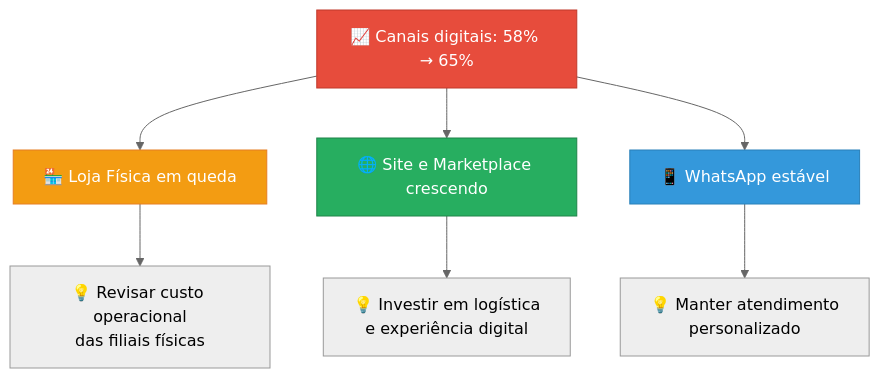
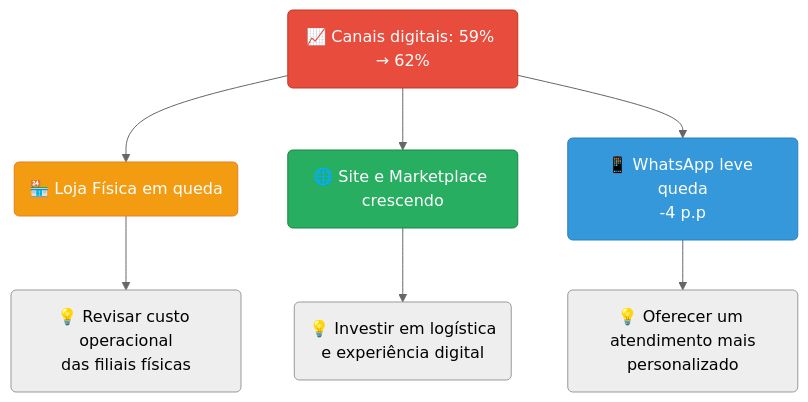
Before and after one commit to Igor-Scalzer010/Sales-Analytics: the seventh of 12 diagrams in docs/analises.md, drawn with Mermaid (neutral theme). The commit also changed other lines of this file, not shown here.

````diff
--- a/docs/analises.md
+++ b/docs/analises.md
@@ -250,17 +189,17 @@
 ```mermaid
 flowchart TD
-    TENDENCIA["📈 Canais digitais: 58% → 65%"]
+    TENDENCIA("📈 Canais digitais: 59% → 62%")
 
-    TENDENCIA --> A["🏪 Loja Física em queda"]
-    TENDENCIA --> B["🌐 Site e Marketplace crescendo"]
-    TENDENCIA --> C["📱 WhatsApp estável"]
+    TENDENCIA --> A("🏪 Loja Física em queda")
+    TENDENCIA --> B("🌐 Site e Marketplace crescendo")
+    TENDENCIA --> C("📱 WhatsApp leve queda<br/>-4 p.p")
 
-    A --> A1["💡 Revisar custo operacional<br/>das filiais físicas"]
-    B --> B1["💡 Investir em logística<br/>e experiência digital"]
-    C --> C1["💡 Manter atendimento<br/>personalizado"]
+    A --> A1("💡 Revisar custo operacional<br/>das filiais físicas")
+    B --> B1("💡 Investir em logística<br/>e experiência digital")
+    C --> C1("💡 Oferecer um atendimento mais<br/>personalizado")
 
     style TENDENCIA fill:#e74c3c,stroke:#c0392b,color:#fff
     style A fill:#f39c12,stroke:#e67e22,color:#fff
     style B fill:#27ae60,stroke:#1e8449,color:#fff
     style C fill:#3498db,stroke:#2980b9,color:#fff
 ```
````
